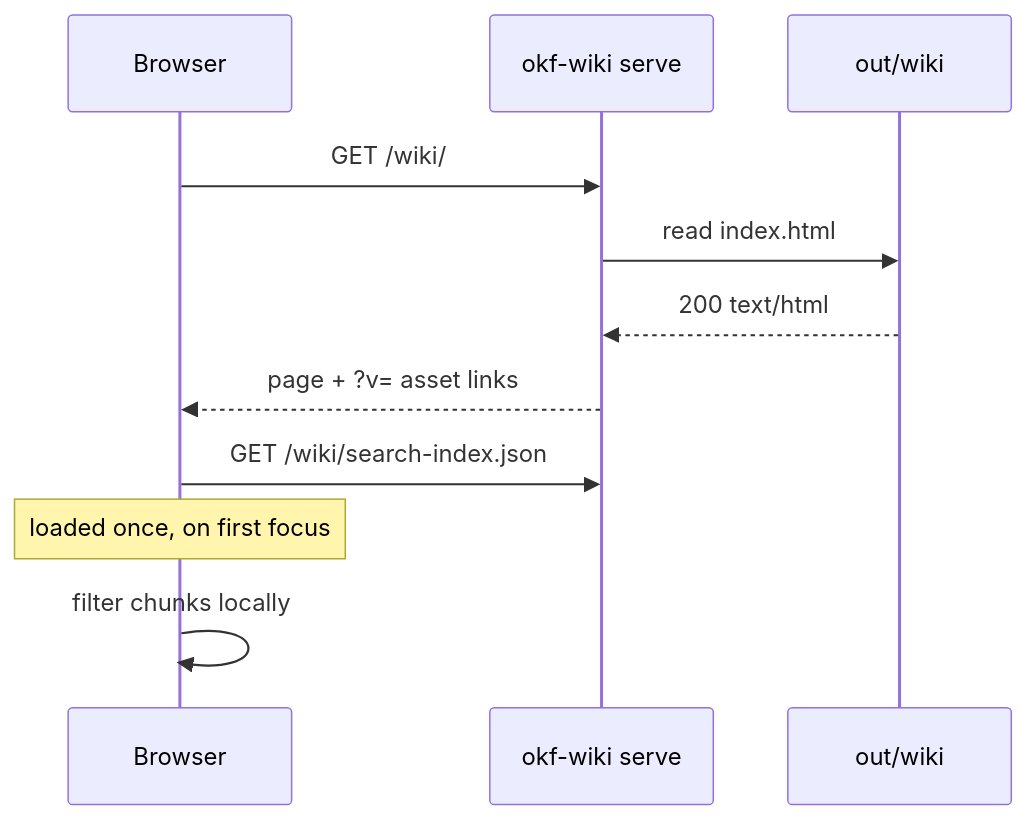
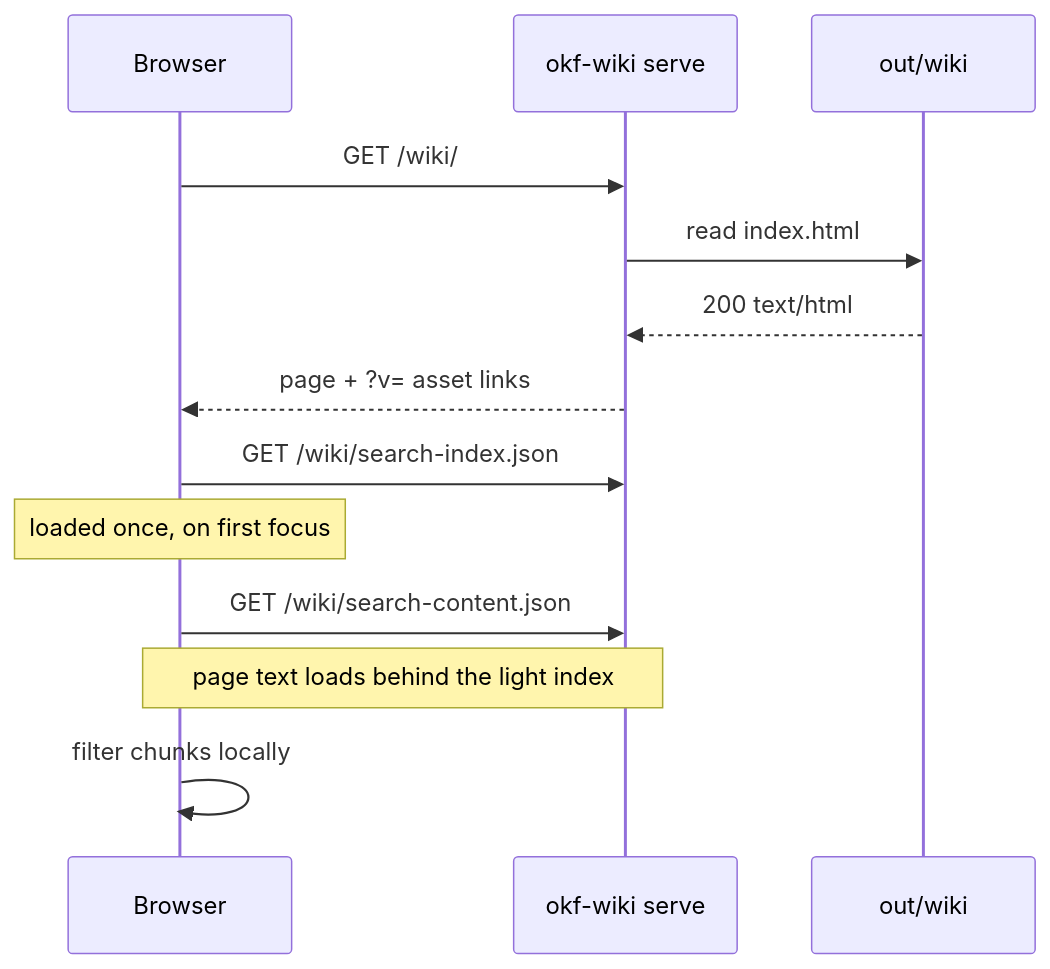
Before and after one commit to abn/okf-wiki: the second of 5 diagrams in docs/testbed/diagrams.md, drawn with Mermaid. The commit also changed 10 other files, not shown here.

First line of the commit message:
perf(search): load page text in the background

````diff
--- a/docs/testbed/diagrams.md
+++ b/docs/testbed/diagrams.md
@@ -32,13 +32,15 @@
 ```mermaid
 sequenceDiagram
     participant U as Browser
     participant S as okf-wiki serve
     participant F as out/wiki
     U->>S: GET /wiki/
     S->>F: read index.html
     F-->>S: 200 text/html
     S-->>U: page + ?v= asset links
     U->>S: GET /wiki/search-index.json
     Note over U: loaded once, on first focus
+    U->>S: GET /wiki/search-content.json
+    Note over U,S: page text loads behind the light index
     U->>U: filter chunks locally
 ```
````
